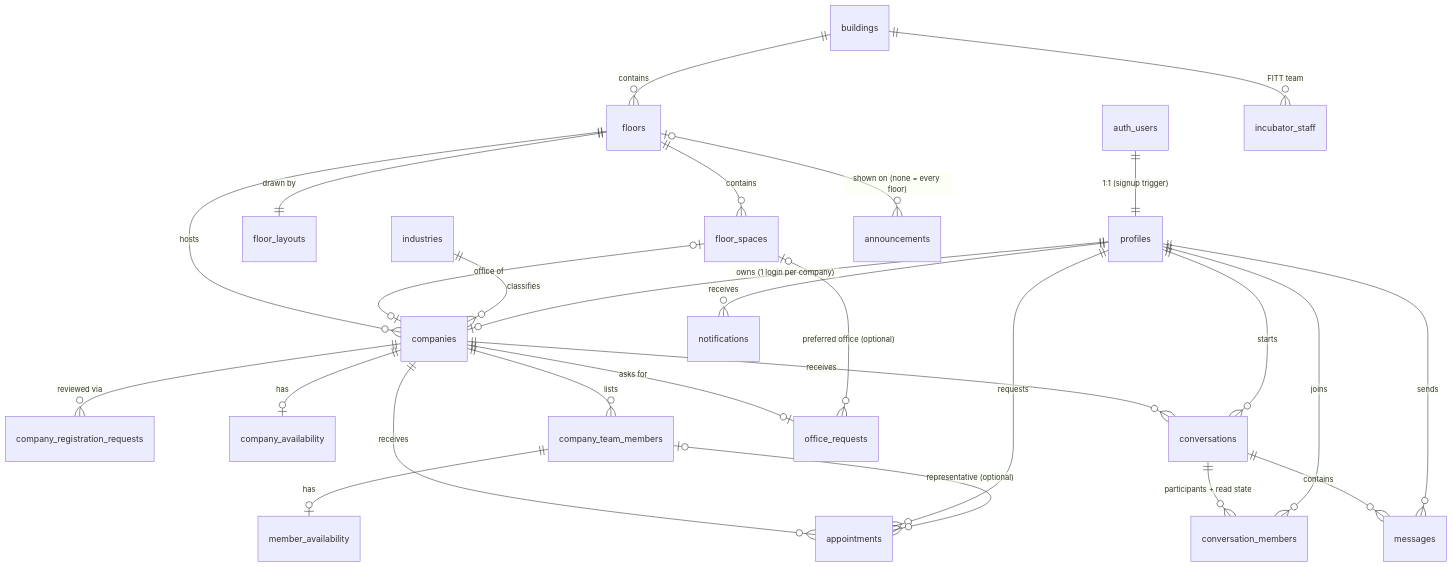
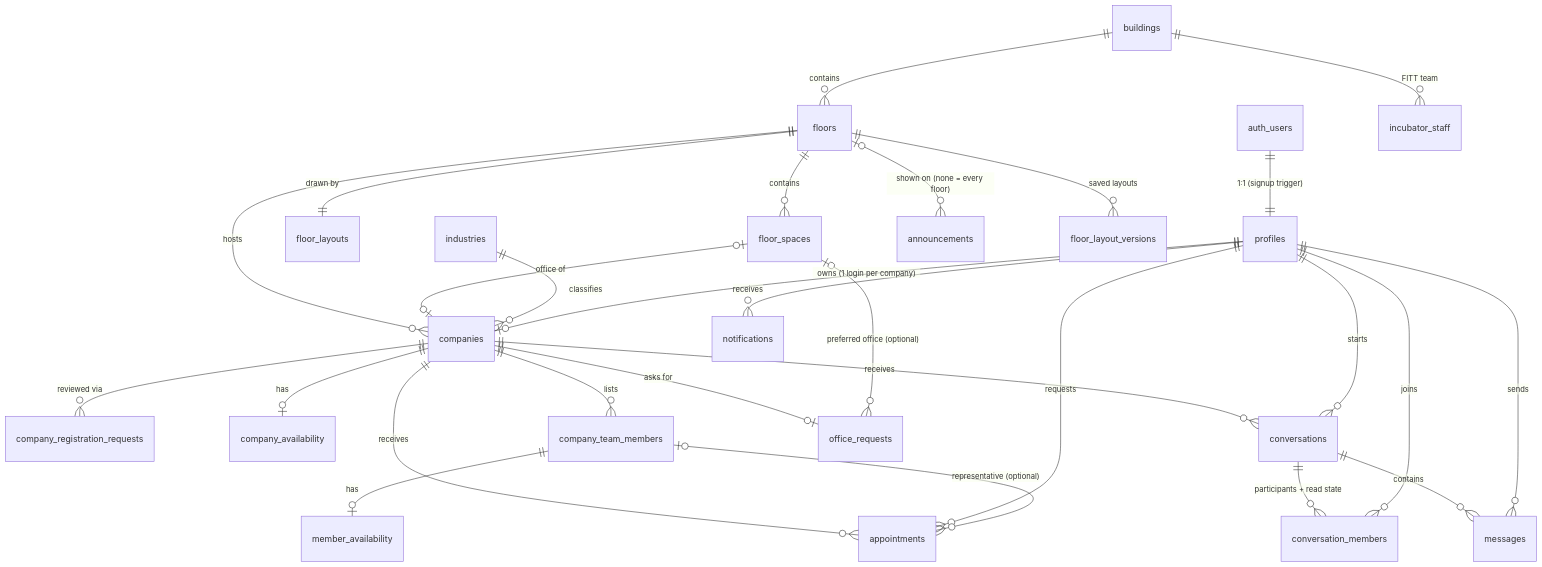
Before and after one commit to 04rishabhgupta/IncubatorPlayground: the diagram in docs/ARCHITECTURE.md, drawn with Mermaid. The commit also changed other lines of this file and 17 other files, not shown here.

````diff
--- a/docs/ARCHITECTURE.md
+++ b/docs/ARCHITECTURE.md
@@ -72,29 +72,30 @@
 ```mermaid
 erDiagram
   auth_users ||--|| profiles : "1:1 (signup trigger)"
   buildings ||--o{ floors : contains
   floors ||--|| floor_layouts : "drawn by"
   floors ||--o{ floor_spaces : contains
   floors ||--o{ companies : hosts
   floor_spaces |o--o| companies : "office of"
   industries ||--o{ companies : classifies
   profiles ||--o| companies : "owns (1 login per company)"
   companies ||--o{ company_registration_requests : "reviewed via"
   companies ||--o| company_availability : has
   companies ||--o{ company_team_members : lists
   company_team_members ||--o| member_availability : has
   companies ||--o{ conversations : receives
   profiles ||--o{ conversations : starts
   conversations ||--o{ conversation_members : "participants + read state"
   profiles ||--o{ conversation_members : joins
   conversations ||--o{ messages : contains
   profiles ||--o{ messages : sends
   companies ||--o{ appointments : receives
   profiles ||--o{ appointments : requests
   company_team_members |o--o{ appointments : "representative (optional)"
   profiles ||--o{ notifications : receives
   buildings ||--o{ incubator_staff : "FITT team"
   floors |o--o{ announcements : "shown on (none = every floor)"
   companies ||--o| office_requests : "asks for"
+  floors ||--o{ floor_layout_versions : "saved layouts"
   floor_spaces |o--o{ office_requests : "preferred office (optional)"
 ```
````
